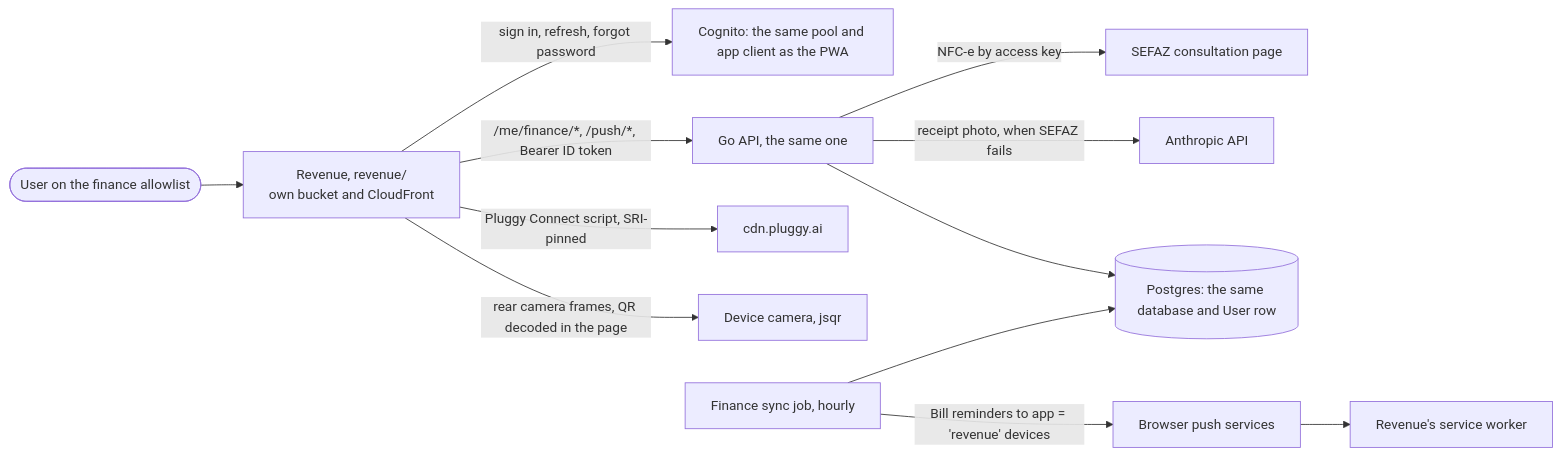
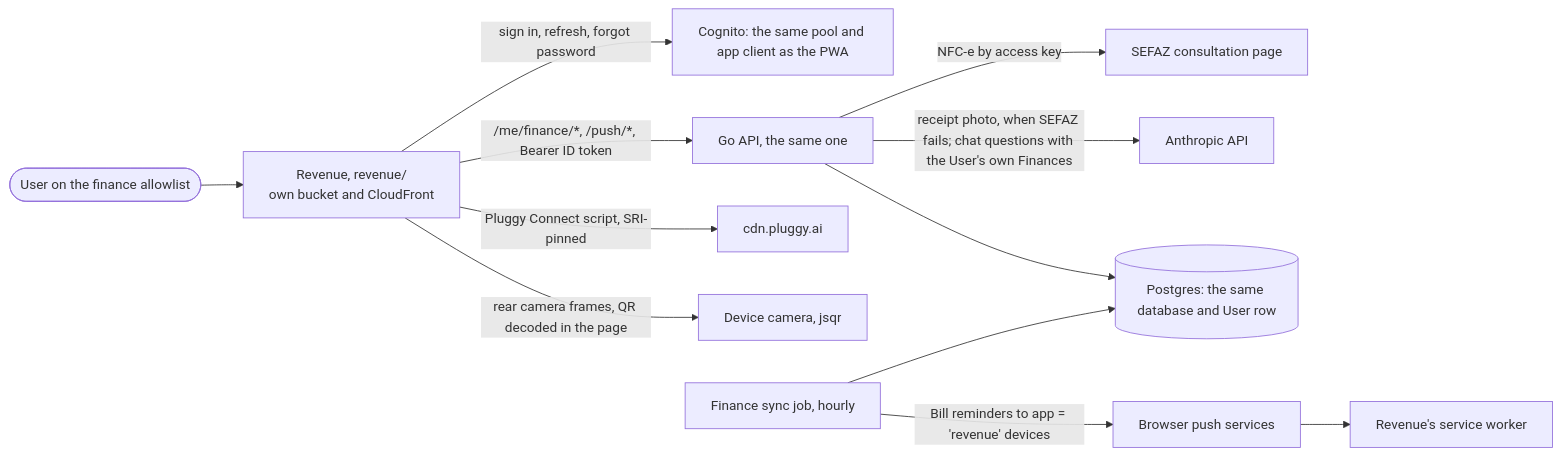
The first of 5 diagrams in docs/architecture/revenue.md (AbnerWillclefy/Homeowner), drawn with Mermaid before and after one commit. The commit also changed other lines of this file and 6 other files, not shown here.

Commit message:
docs(architecture): describe the Revenue chat

````diff
--- a/docs/architecture/revenue.md
+++ b/docs/architecture/revenue.md
@@ -14,14 +14,14 @@
 ```mermaid
 flowchart LR
     U([User on the finance allowlist]) --> REV["Revenue, revenue/<br/>own bucket and CloudFront"]
     REV -->|"sign in, refresh, forgot password"| COG["Cognito: the same pool and app client as the PWA"]
     REV -->|"/me/finance/*, /push/*, Bearer ID token"| API["Go API, the same one"]
     REV -->|"Pluggy Connect script, SRI-pinned"| PCDN["cdn.pluggy.ai"]
     REV -->|"rear camera frames, QR decoded in the page"| CAM["Device camera, jsqr"]
     API -->|"NFC-e by access key"| SEFAZ["SEFAZ consultation page"]
-    API -->|"receipt photo, when SEFAZ fails"| LLM["Anthropic API"]
+    API -->|"receipt photo, when SEFAZ fails; chat questions with the User's own Finances"| LLM["Anthropic API"]
     API --> DB[("Postgres: the same database and User row")]
     JOB["Finance sync job, hourly"] --> DB
     JOB -->|"Bill reminders to app = 'revenue' devices"| PUSH["Browser push services"]
     PUSH --> SW["Revenue's service worker"]
 ```
````
